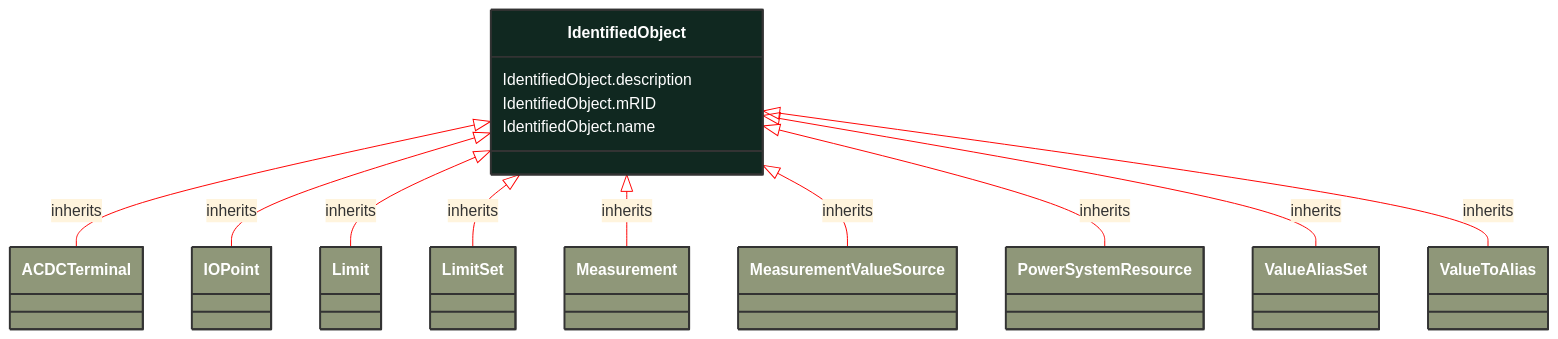
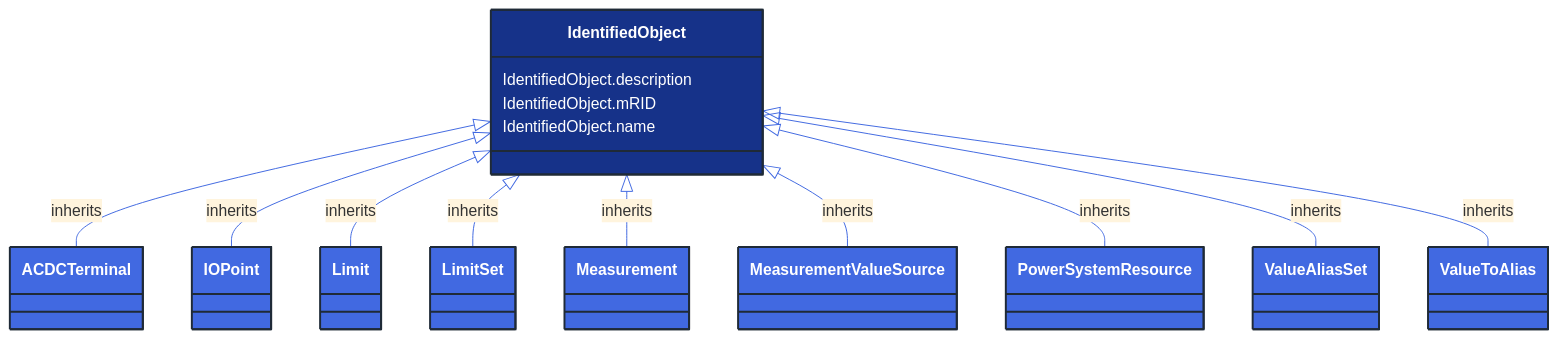
One commit to 3lbits/NoCIMExtensions changed the diagram in docs/Models/Profiles/Operation/AbstractClasses/IdentifiedObject.md. Above: the diagram before and after it, drawn with Mermaid. The commit also changed 362 other files, not shown here.

First line of the commit message:
Update diagrams and styles for improved visual consistency

````diff
--- a/docs/Models/Profiles/Operation/AbstractClasses/IdentifiedObject.md
+++ b/docs/Models/Profiles/Operation/AbstractClasses/IdentifiedObject.md
@@ -10,67 +10,67 @@
 ```mermaid
-%%{init: {'theme':'base','themeVariables': {'lineColor': '#FF0000'}}}%%
+%%{init: {'theme':'base','themeVariables': {'lineColor': '#4169E1'}}}%%
 classDiagram
     class IdentifiedObject
     click IdentifiedObject href "/Models/Profiles/Operation/AbstractClasses/IdentifiedObject/"
-    style IdentifiedObject fill:#102820,stroke:#333,stroke-width:2px,rx:10,ry:10,color:white
+    style IdentifiedObject fill:#163289,stroke:#1F2A37,stroke-width:2px,rx:10,ry:10,color:white
 
         IdentifiedObject <|-- ACDCTerminal : inherits
 
         ACDCTerminal
             click ACDCTerminal href "/Models/Profiles/Operation/AbstractClasses/ACDCTerminal/"
-            style ACDCTerminal fill:#8F9779,stroke:#333,stroke-width:2px,rx:10,ry:10,color:white
+            style ACDCTerminal fill:#4169E1,stroke:#1F2A37,stroke-width:2px,rx:10,ry:10,color:white
 
         IdentifiedObject <|-- IOPoint : inherits
 
         IOPoint
             click IOPoint href "/Models/Profiles/Operation/AbstractClasses/IOPoint/"
-            style IOPoint fill:#8F9779,stroke:#333,stroke-width:2px,rx:10,ry:10,color:white
+            style IOPoint fill:#4169E1,stroke:#1F2A37,stroke-width:2px,rx:10,ry:10,color:white
 
         IdentifiedObject <|-- Limit : inherits
 
         Limit
             click Limit href "/Models/Profiles/Operation/AbstractClasses/Limit/"
-            style Limit fill:#8F9779,stroke:#333,stroke-width:2px,rx:10,ry:10,color:white
+            style Limit fill:#4169E1,stroke:#1F2A37,stroke-width:2px,rx:10,ry:10,color:white
 
         IdentifiedObject <|-- LimitSet : inherits
 
         LimitSet
             click LimitSet href "/Models/Profiles/Operation/AbstractClasses/LimitSet/"
-            style LimitSet fill:#8F9779,stroke:#333,stroke-width:2px,rx:10,ry:10,color:white
+            style LimitSet fill:#4169E1,stroke:#1F2A37,stroke-width:2px,rx:10,ry:10,color:white
 
         IdentifiedObject <|-- Measurement : inherits
 
         Measurement
             click Measurement href "/Models/Profiles/Operation/AbstractClasses/Measurement/"
-            style Measurement fill:#8F9779,stroke:#333,stroke-width:2px,rx:10,ry:10,color:white
+            style Measurement fill:#4169E1,stroke:#1F2A37,stroke-width:2px,rx:10,ry:10,color:white
 
         IdentifiedObject <|-- MeasurementValueSource : inherits
 
         MeasurementValueSource
             click MeasurementValueSource href "/Models/Profiles/Operation/ConcreteClasses/MeasurementValueSource/"
-            style MeasurementValueSource fill:#8F9779,stroke:#333,stroke-width:2px,rx:10,ry:10,color:white
+            style MeasurementValueSource fill:#4169E1,stroke:#1F2A37,stroke-width:2px,rx:10,ry:10,color:white
 
         IdentifiedObject <|-- PowerSystemResource : inherits
 
         PowerSystemResource
             click PowerSystemResource href "/Models/Profiles/Operation/AbstractClasses/PowerSystemResource/"
-            style PowerSystemResource fill:#8F9779,stroke:#333,stroke-width:2px,rx:10,ry:10,color:white
+            style PowerSystemResource fill:#4169E1,stroke:#1F2A37,stroke-width:2px,rx:10,ry:10,color:white
 
         IdentifiedObject <|-- ValueAliasSet : inherits
 
         ValueAliasSet
             click ValueAliasSet href "/Models/Profiles/Operation/ConcreteClasses/ValueAliasSet/"
-            style ValueAliasSet fill:#8F9779,stroke:#333,stroke-width:2px,rx:10,ry:10,color:white
+            style ValueAliasSet fill:#4169E1,stroke:#1F2A37,stroke-width:2px,rx:10,ry:10,color:white
 
         IdentifiedObject <|-- ValueToAlias : inherits
 
         ValueToAlias
             click ValueToAlias href "/Models/Profiles/Operation/ConcreteClasses/ValueToAlias/"
-            style ValueToAlias fill:#8F9779,stroke:#333,stroke-width:2px,rx:10,ry:10,color:white
+            style ValueToAlias fill:#4169E1,stroke:#1F2A37,stroke-width:2px,rx:10,ry:10,color:white
 
 
 
         IdentifiedObject : IdentifiedObject.description
         IdentifiedObject : IdentifiedObject.mRID
         IdentifiedObject : IdentifiedObject.name
 ```
````
